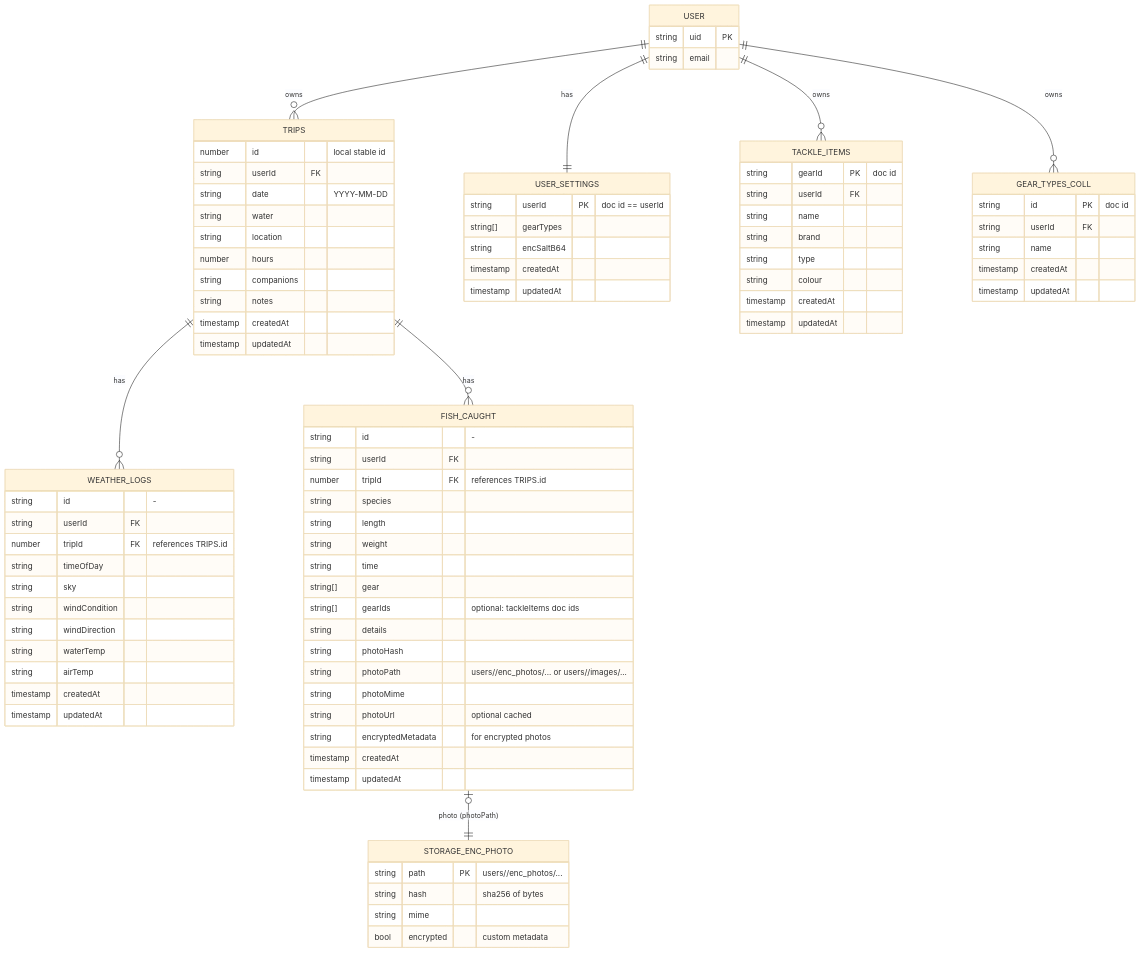
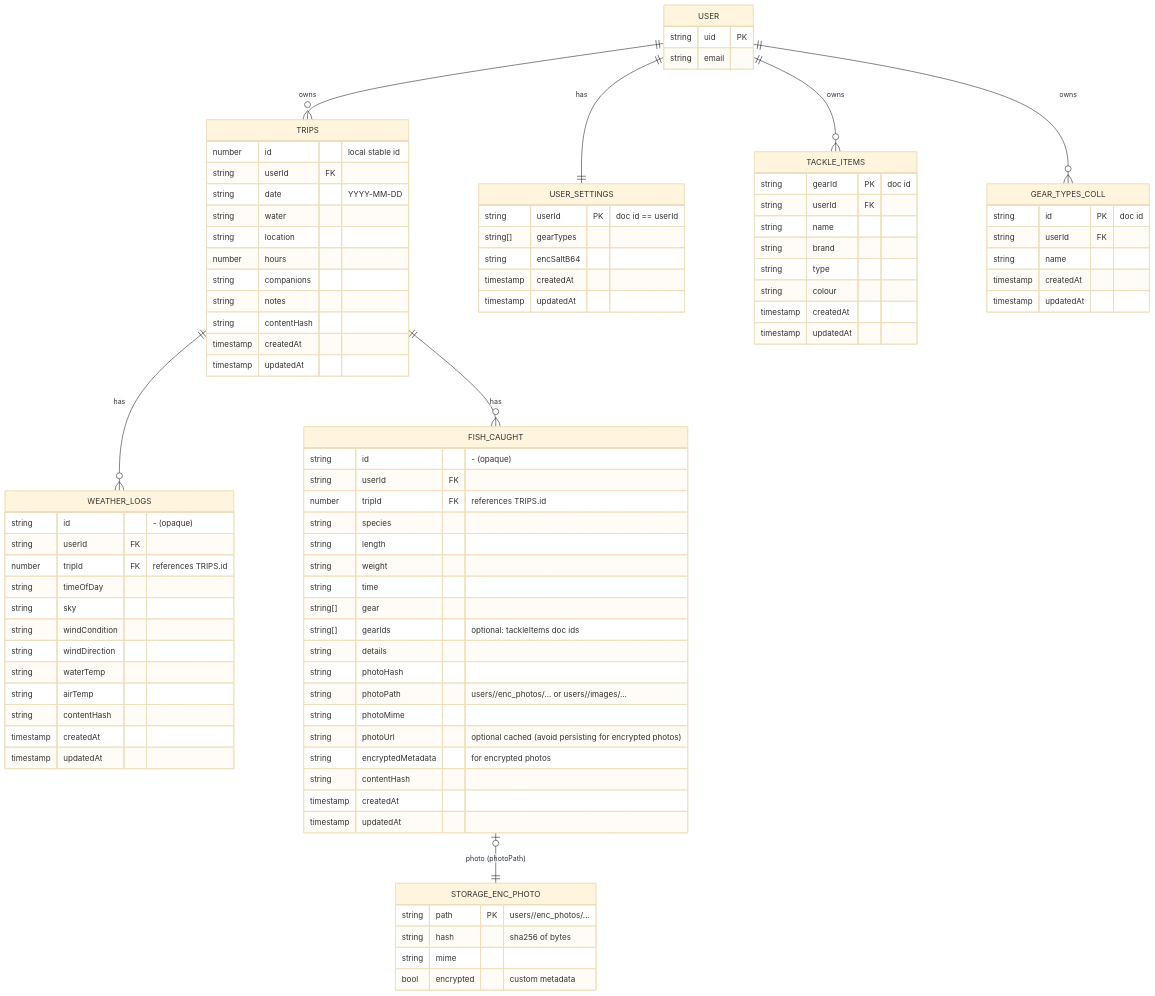
The first of 4 diagrams in docs/architecture/DATA_MODEL.md (kerry-davis/maori-fishing-calendar-react), drawn with Mermaid (base theme) before and after one commit. The commit also changed other lines of this file and 19 other files, not shown here.

```diff
--- a/docs/architecture/DATA_MODEL.md
+++ b/docs/architecture/DATA_MODEL.md
@@ -36,12 +36,13 @@
     number hours
     string companions
     string notes
+    string contentHash
     timestamp createdAt
     timestamp updatedAt
   }
 
   WEATHER_LOGS {
-    string id        "<tripId>-<ts>"
+    string id        "<tripId>-<ulid> (opaque)"
     string userId FK
     number tripId FK "references TRIPS.id"
     string timeOfDay
@@ -50,12 +51,13 @@
     string windDirection
     string waterTemp
     string airTemp
+    string contentHash
     timestamp createdAt
     timestamp updatedAt
   }
 
   FISH_CAUGHT {
-    string id        "<tripId>-<ts>"
+    string id        "<tripId>-<ulid> (opaque)"
     string userId FK
     number tripId FK "references TRIPS.id"
     string species
@@ -68,8 +70,9 @@
     string photoHash
     string photoPath  "users/<uid>/enc_photos/... or users/<uid>/images/..."
     string photoMime
-    string photoUrl   "optional cached"
+    string photoUrl   "optional cached (avoid persisting for encrypted photos)"
     string encryptedMetadata "for encrypted photos"
+    string contentHash
     timestamp createdAt
     timestamp updatedAt
   }
```
